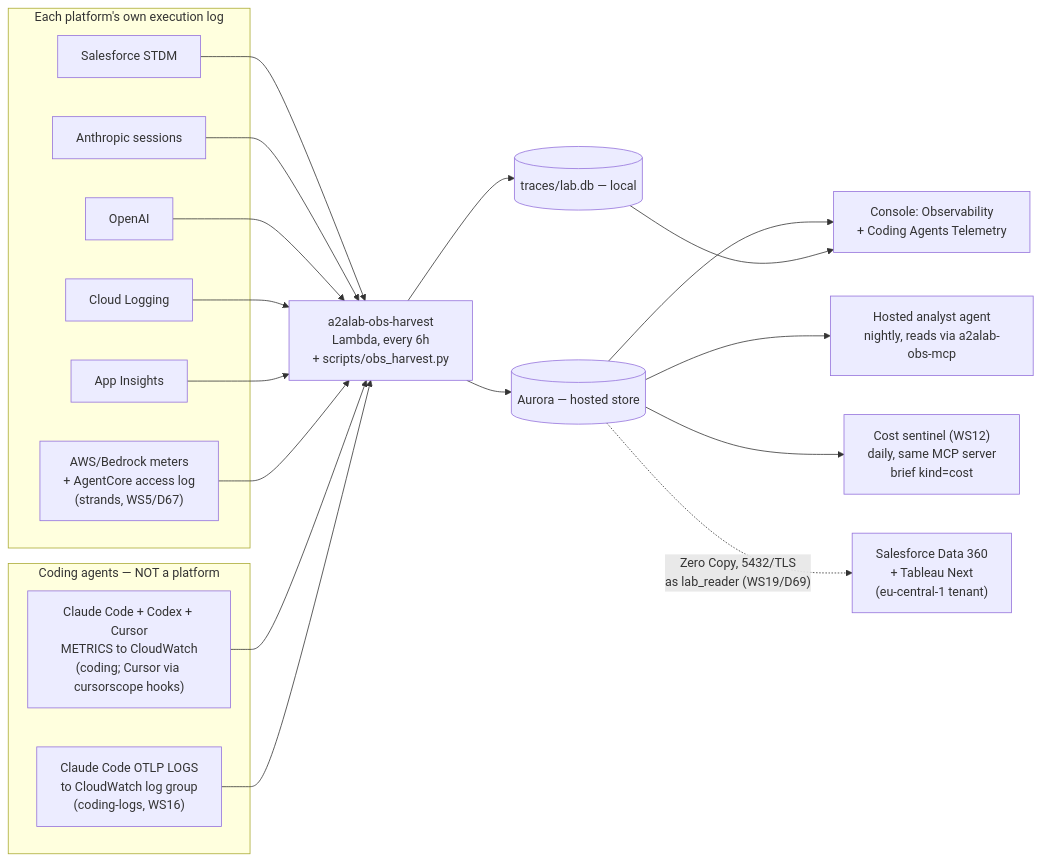
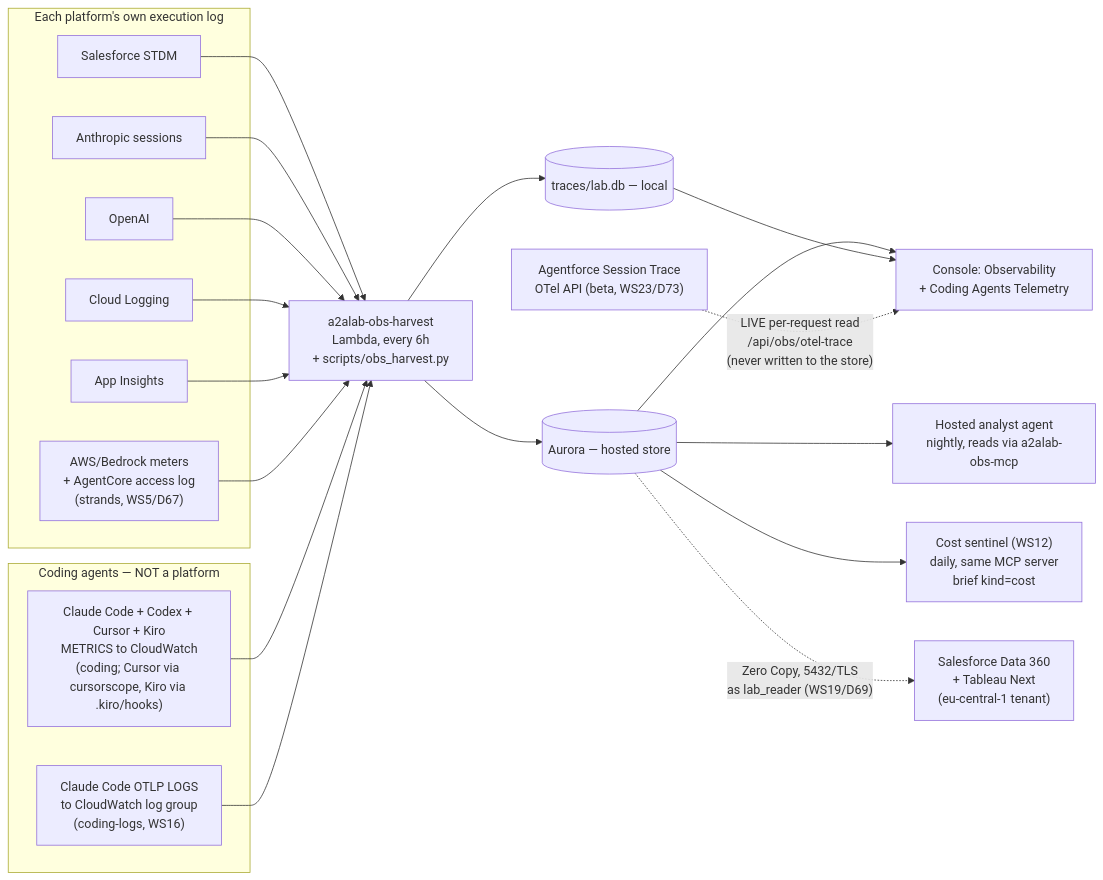
Before and after one commit to congmingwudi/a2a-lab: the seventh of 11 diagrams in plan/09-deployment-map.md, drawn with Mermaid. The commit also changed other lines of this file and 4 other files, not shown here.

````diff
--- a/plan/09-deployment-map.md
+++ b/plan/09-deployment-map.md
@@ -567,31 +567,32 @@
 ```mermaid
 flowchart LR
   subgraph SRC["Each platform's own execution log"]
     S1["Salesforce STDM"]
     S2["Anthropic sessions"]
     S3["OpenAI"]
     S4["Cloud Logging"]
     S5["App Insights"]
     S8["AWS/Bedrock meters<br/>+ AgentCore access log<br/>(strands, WS5/D67)"]
   end
   subgraph CODE["Coding agents — NOT a platform"]
-    S6["Claude Code + Codex + Cursor<br/>METRICS to CloudWatch<br/>(coding; Cursor via cursorscope hooks)"]
+    S6["Claude Code + Codex + Cursor + Kiro<br/>METRICS to CloudWatch<br/>(coding; Cursor via cursorscope, Kiro via .kiro/hooks)"]
     S7["Claude Code OTLP LOGS<br/>to CloudWatch log group<br/>(coding-logs, WS16)"]
   end
   HARV2["a2alab-obs-harvest<br/>Lambda, every 6h<br/>+ scripts/obs_harvest.py"]
   S1 --> HARV2
   S2 --> HARV2
   S3 --> HARV2
   S4 --> HARV2
   S5 --> HARV2
   S8 --> HARV2
   S6 --> HARV2
   S7 --> HARV2
   HARV2 --> PG[("Aurora — hosted store")]
   HARV2 --> LITE[("traces/lab.db — local")]
   PG --> CONSOLE["Console: Observability<br/>+ Coding Agents Telemetry"]
   LITE --> CONSOLE
   PG --> ANALYST["Hosted analyst agent<br/>nightly, reads via a2alab-obs-mcp"]
   PG --> SENT["Cost sentinel (WS12)<br/>daily, same MCP server<br/>brief kind=cost"]
   PG -. "Zero Copy, 5432/TLS<br/>as lab_reader (WS19/D69)" .-> DC["Salesforce Data 360<br/>+ Tableau Next<br/>(eu-central-1 tenant)"]
+  OTLIVE["Agentforce Session Trace<br/>OTel API (beta, WS23/D73)"] -. "LIVE per-request read<br/>/api/obs/otel-trace<br/>(never written to the store)" .-> CONSOLE
 ```
````
